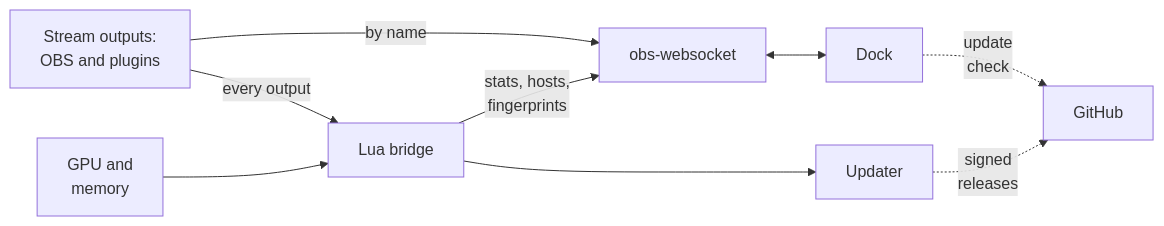
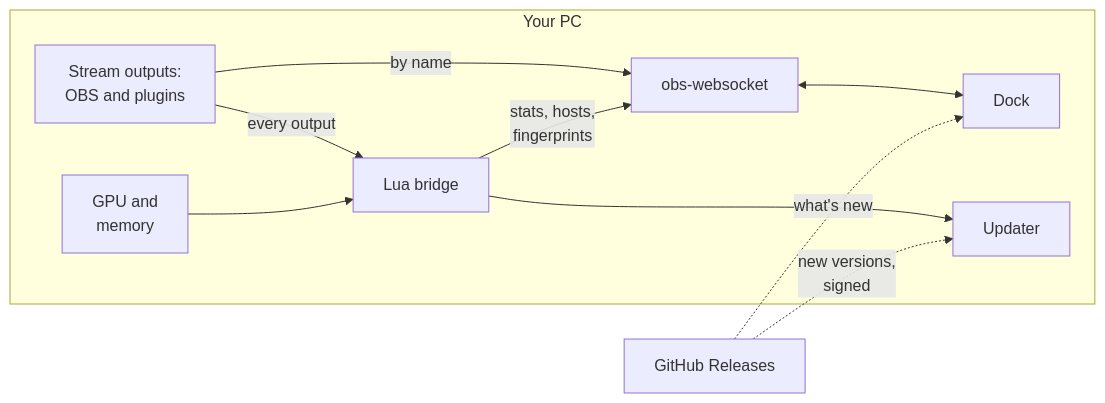
One commit to tjnk24/streamoscope changed the first of 2 diagrams in docs/HOW-IT-WORKS.md. Above: the diagram before and after it, drawn with Mermaid. The commit also changed 1 other file, not shown here.

Commit message:
Point Download at the latest release and keep GitHub outside the PC

````diff
--- a/docs/HOW-IT-WORKS.md
+++ b/docs/HOW-IT-WORKS.md
@@ -9,11 +9,13 @@
 ```mermaid
 flowchart LR
-  outputs["Stream outputs:<br>OBS and plugins"] -- "by name" --> websocket["obs-websocket"]
-  outputs -- "every output" --> bridge["Lua bridge"]
-  hardware["GPU and<br>memory"] --> bridge
-  bridge -- "stats, hosts,<br>fingerprints" --> websocket
-  websocket <--> dock["Dock"]
-  bridge --> updater["Updater"]
-  updater -. "signed<br>releases" .-> github["GitHub"]
-  dock -. "update<br>check" .-> github
+  subgraph pc["Your PC"]
+    outputs["Stream outputs:<br>OBS and plugins"] -- "by name" --> websocket["obs-websocket"]
+    outputs -- "every output" --> bridge["Lua bridge"]
+    hardware["GPU and<br>memory"] --> bridge
+    bridge -- "stats, hosts,<br>fingerprints" --> websocket
+    websocket <--> dock["Dock"]
+    bridge --> updater["Updater"]
+  end
+  github["GitHub Releases"] -. "new versions,<br>signed" .-> updater
+  github -. "what's new" .-> dock
 ```
````
